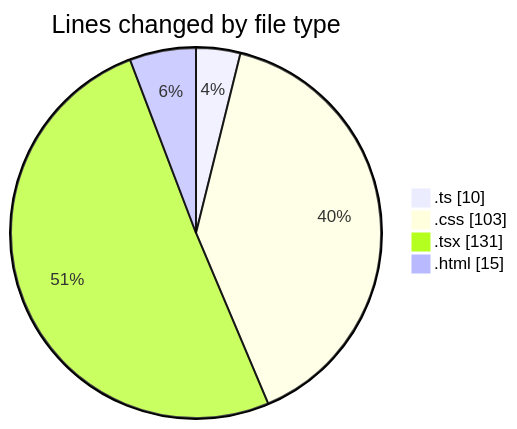
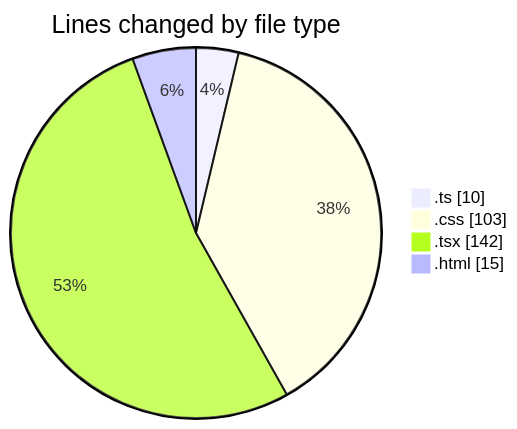
Before and after one commit to EIIisD/code-tracking: the first of 2 diagrams in 2025-07-31/tw-server/README.md, drawn with Mermaid. The commit also changed other lines of this file and 1 other file, not shown here.

````diff
--- a/2025-07-31/tw-server/README.md
+++ b/2025-07-31/tw-server/README.md
@@ -25,8 +25,8 @@
 ```mermaid
 pie showData
 title Lines changed by file type
 ".ts" : 10
 ".css" : 103
-".tsx" : 131
+".tsx" : 142
 ".html" : 15
 ```
````
